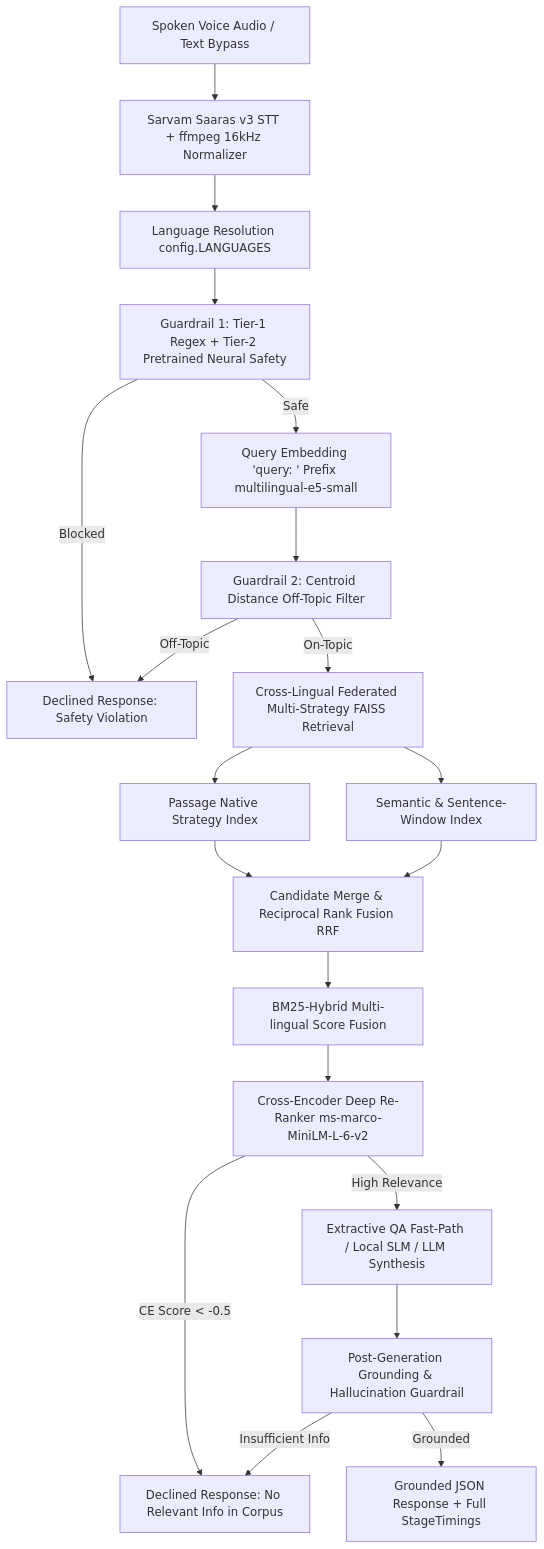
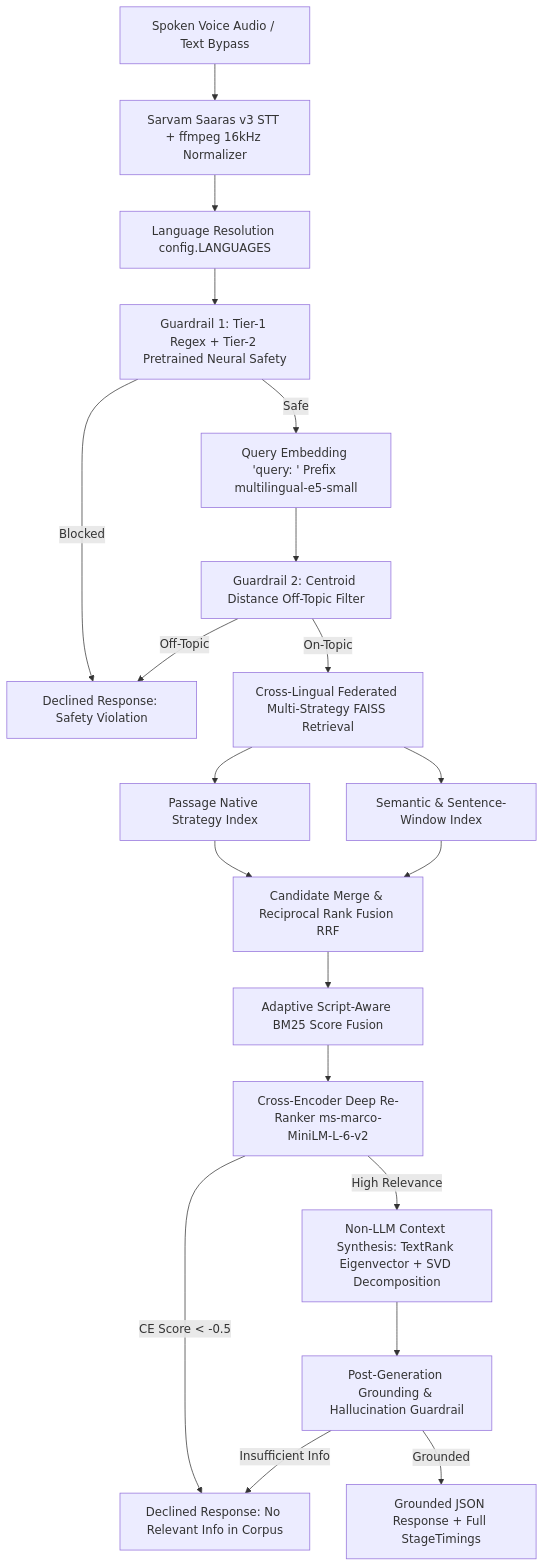
The diagram in README.md (Anshsurana123/RAGINGOA), drawn with Mermaid before and after one commit.

Commit message:
docs: refresh architecture diagram in README.md

````diff
--- a/README.md
+++ b/README.md
@@ -23,22 +23,22 @@
 ```mermaid
 graph TD
     A[Spoken Voice Audio / Text Bypass] --> B[Sarvam Saaras v3 STT + ffmpeg 16kHz Normalizer]
     B --> C[Language Resolution config.LANGUAGES]
     C --> D[Guardrail 1: Tier-1 Regex + Tier-2 Pretrained Neural Safety]
     D -- Safe --> E[Query Embedding 'query: ' Prefix multilingual-e5-small]
     D -- Blocked --> X[Declined Response: Safety Violation]
     E --> F[Guardrail 2: Centroid Distance Off-Topic Filter]
     F -- Off-Topic --> X
     F -- On-Topic --> G[Cross-Lingual Federated Multi-Strategy FAISS Retrieval]
     G --> H1[Passage Native Strategy Index]
     G --> H2[Semantic & Sentence-Window Index]
     H1 --> I[Candidate Merge & Reciprocal Rank Fusion RRF]
     H2 --> I
-    I --> J[BM25-Hybrid Multi-lingual Score Fusion]
+    I --> J[Adaptive Script-Aware BM25 Score Fusion]
     J --> K[Cross-Encoder Deep Re-Ranker ms-marco-MiniLM-L-6-v2]
     K -- CE Score < -0.5 --> Y[Declined Response: No Relevant Info in Corpus]
-    K -- High Relevance --> L[Extractive QA Fast-Path / Local SLM / LLM Synthesis]
+    K -- High Relevance --> L[Non-LLM Context Synthesis: TextRank Eigenvector + SVD Decomposition]
     L --> M[Post-Generation Grounding & Hallucination Guardrail]
     M -- Grounded --> N[Grounded JSON Response + Full StageTimings]
     M -- Insufficient Info --> Y
 ```
````
